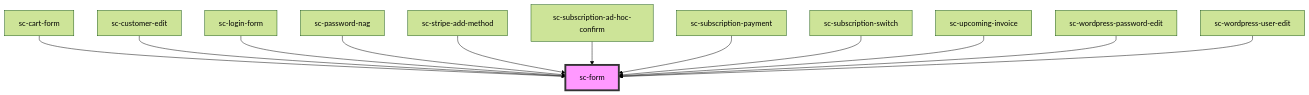
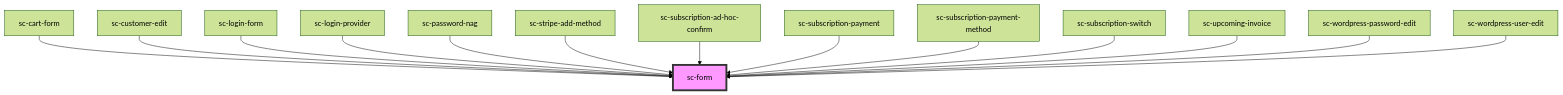
One commit to surecart/surecart-wp-plugin changed the diagram in packages/components/src/components/ui/form/readme.md. Above: the diagram before and after it, drawn with Mermaid (forest theme). The commit also changed other lines of this file and 56 other files, not shown here.

````diff
--- a/packages/components/src/components/ui/form/readme.md
+++ b/packages/components/src/components/ui/form/readme.md
@@ -91,15 +93,17 @@
 ```mermaid
 graph TD;
   sc-cart-form --> sc-form
   sc-customer-edit --> sc-form
   sc-login-form --> sc-form
+  sc-login-provider --> sc-form
   sc-password-nag --> sc-form
   sc-stripe-add-method --> sc-form
   sc-subscription-ad-hoc-confirm --> sc-form
   sc-subscription-payment --> sc-form
+  sc-subscription-payment-method --> sc-form
   sc-subscription-switch --> sc-form
   sc-upcoming-invoice --> sc-form
   sc-wordpress-password-edit --> sc-form
   sc-wordpress-user-edit --> sc-form
   style sc-form fill:#f9f,stroke:#333,stroke-width:4px
 ```
````
